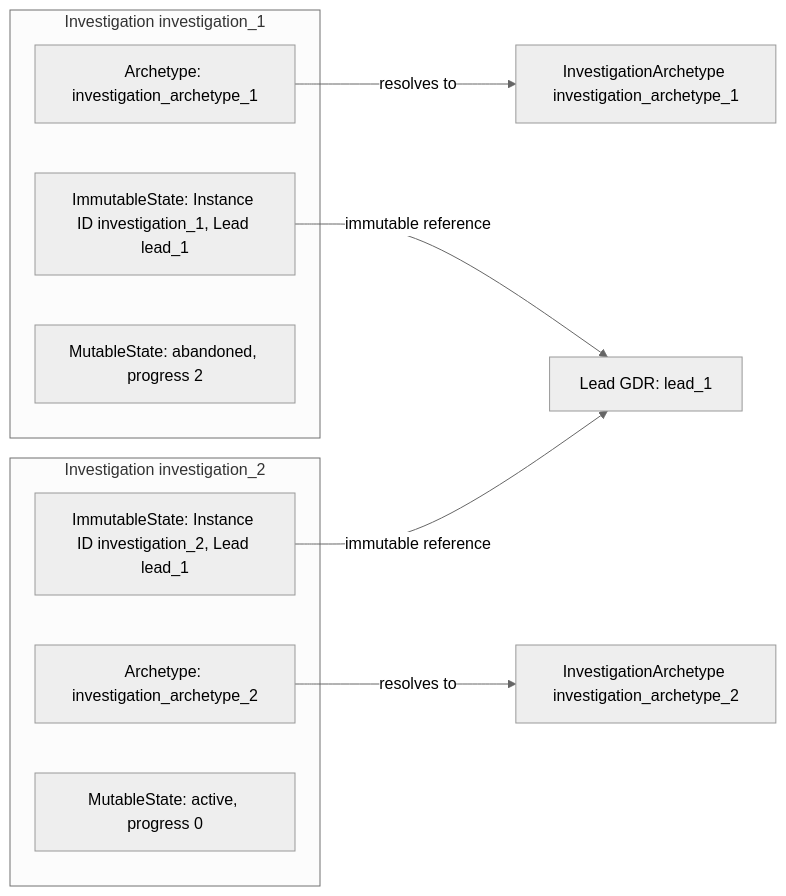
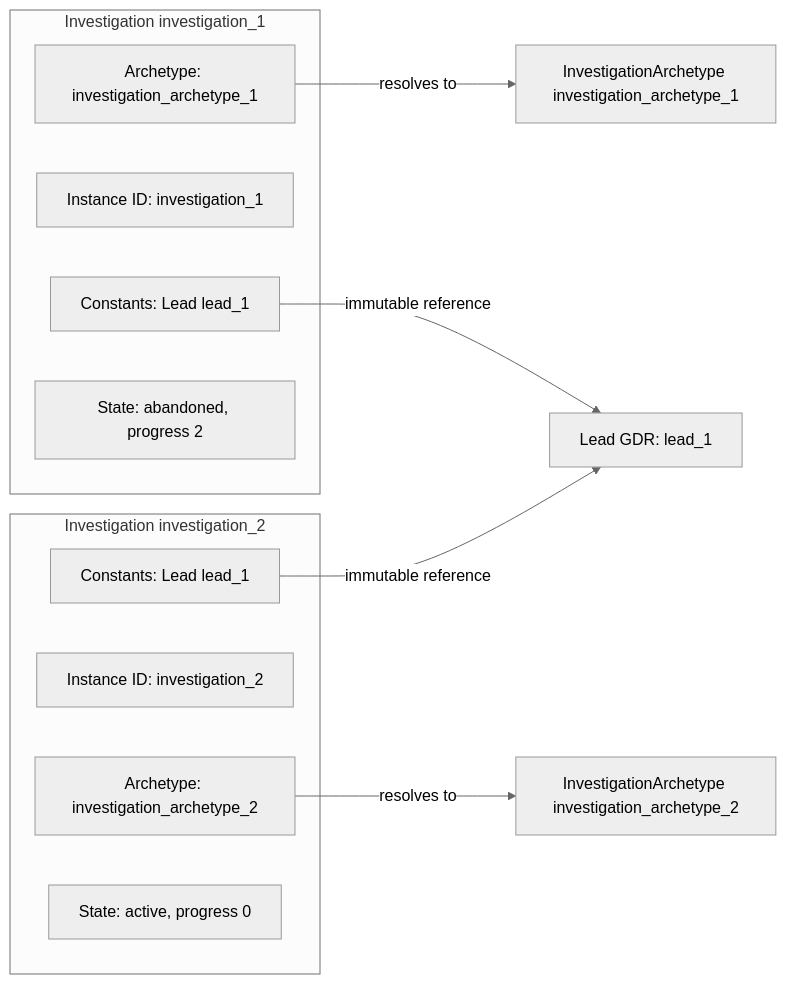
The fourth of 4 diagrams in docs/specs/foundation/modeling-foundations.md (konrad-jamrozik/game-v5), drawn with Mermaid (neutral theme) before and after one commit. The commit also changed other lines of this file and 12 other files, not shown here.

Commit message:
Separate campaign instance identity, archetype, constants, and state

````diff
--- a/docs/specs/foundation/modeling-foundations.md
+++ b/docs/specs/foundation/modeling-foundations.md
@@ -277,20 +278,22 @@
 ```mermaid
 flowchart LR
     lead_1["Lead GDR: lead_1"]
     investigation_archetype_1["InvestigationArchetype investigation_archetype_1"]
     investigation_archetype_2["InvestigationArchetype investigation_archetype_2"]
     subgraph investigation_1["Investigation investigation_1"]
         investigation_1_archetype["Archetype: investigation_archetype_1"]
-        investigation_1_immutable_state["ImmutableState: Instance ID investigation_1, Lead lead_1"]
-        investigation_1_mutable_state["MutableState: abandoned, progress 2"]
+        investigation_1_identity["Instance ID: investigation_1"]
+        investigation_1_constants["Constants: Lead lead_1"]
+        investigation_1_state["State: abandoned, progress 2"]
     end
     subgraph investigation_2["Investigation investigation_2"]
         investigation_2_archetype["Archetype: investigation_archetype_2"]
-        investigation_2_immutable_state["ImmutableState: Instance ID investigation_2, Lead lead_1"]
-        investigation_2_mutable_state["MutableState: active, progress 0"]
+        investigation_2_identity["Instance ID: investigation_2"]
+        investigation_2_constants["Constants: Lead lead_1"]
+        investigation_2_state["State: active, progress 0"]
     end
     investigation_1_archetype -->|resolves to| investigation_archetype_1
     investigation_2_archetype -->|resolves to| investigation_archetype_2
-    investigation_1_immutable_state -->|immutable reference| lead_1
-    investigation_2_immutable_state -->|immutable reference| lead_1
+    investigation_1_constants -->|immutable reference| lead_1
+    investigation_2_constants -->|immutable reference| lead_1
 ```
````
